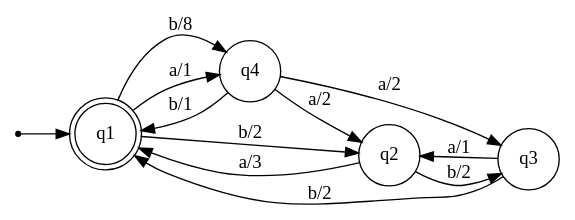
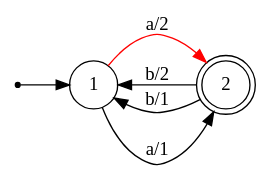
The diagram in input.dot (zenAndroid/oracle-extract), drawn with Graphviz before and after one commit. The commit also changed 5 other files, not shown here.

```diff
--- a/input.dot
+++ b/input.dot
@@ -1,17 +1,11 @@
 digraph Automaton {
     node [shape=point] INIT;
-    q1 [shape="doublecircle"];
+    2 [shape="doublecircle"];
     node [shape=circle];
     rankdir = LR;
-    INIT -> q1;
-    q1 -> q2 [label="b/2"];
-    q1 -> q4 [label="b/8"];
-    q1 -> q4 [label="a/1"];
-    q2 -> q1 [label="a/3"];
-    q2 -> q3 [label="b/2"];
-    q4 -> q1 [label="b/1"];
-    q4 -> q3 [label="a/2"];
-    q4 -> q2 [label="a/2"];
-    q3 -> q2 [label="a/1"];
-    q3 -> q1 [label="b/2"];
+    INIT -> 1;
+    1 -> 2 [label="a/1"];
+    1 -> 2 [label="a/2", color=red];
+    2 -> 1 [label="b/2"];
+    2 -> 1 [label="b/1"];
 }
```
